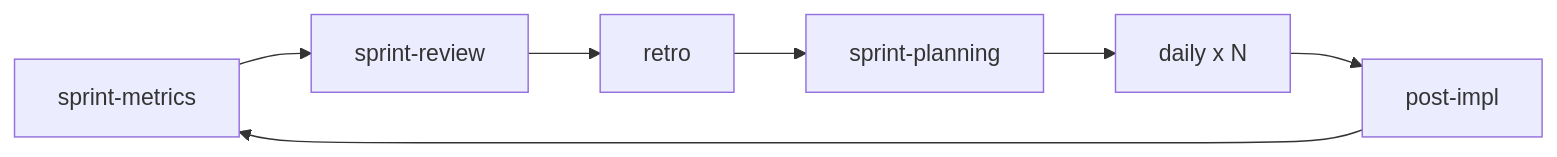
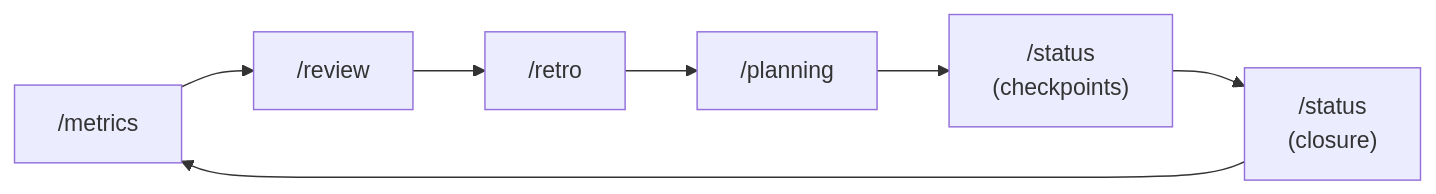
Before and after one commit to djalmajr/essential-skills: the diagram in docs/agile/guides/sprint-lifecycle.md, drawn with Mermaid. The commit also changed other lines of this file and 60 other files, not shown here.

````diff
--- a/docs/agile/guides/sprint-lifecycle.md
+++ b/docs/agile/guides/sprint-lifecycle.md
@@ -230,9 +230,9 @@
 ```mermaid
 flowchart LR
-    A[sprint-metrics] --> B[sprint-review]
-    B --> C[retro]
-    C --> D[sprint-planning]
-    D --> E[daily x N]
-    E --> F[post-impl]
+    A["/metrics"] --> B["/review"]
+    B --> C["/retro"]
+    C --> D["/planning"]
+    D --> E["/status<br>(checkpoints)"]
+    E --> F["/status<br>(closure)"]
     F --> A
 ```
````
